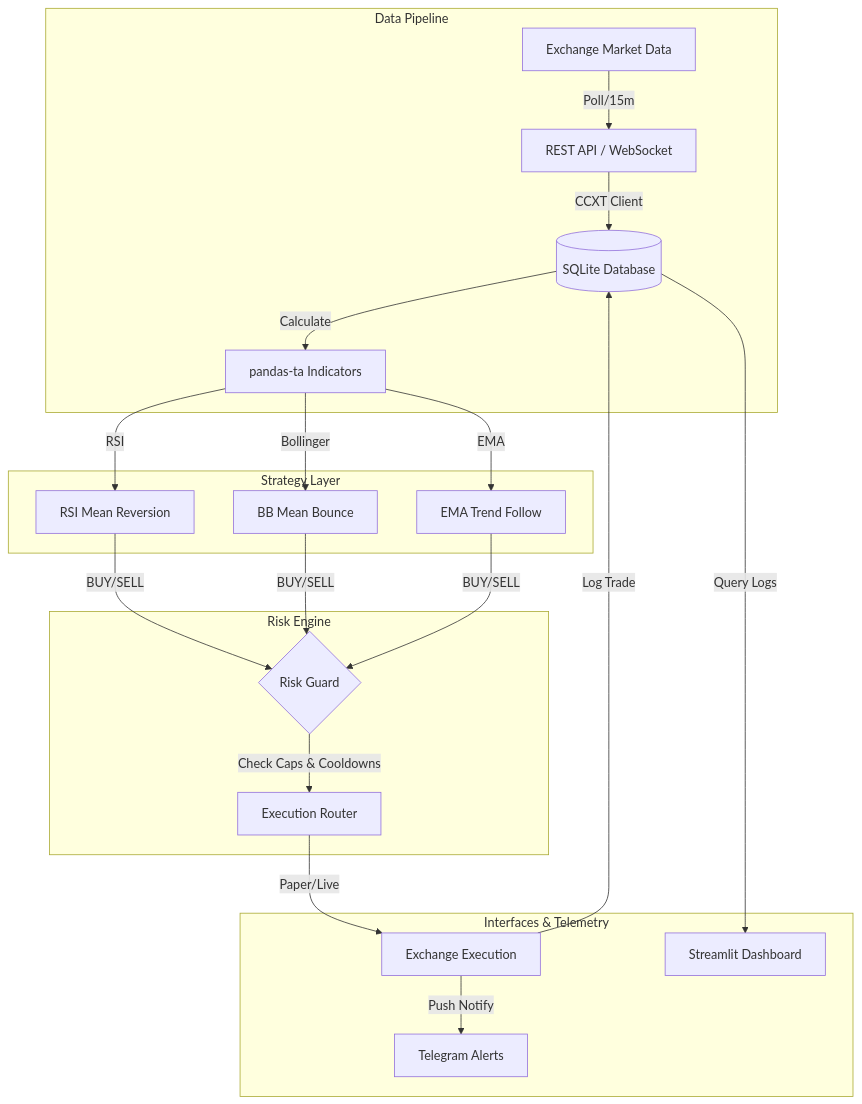
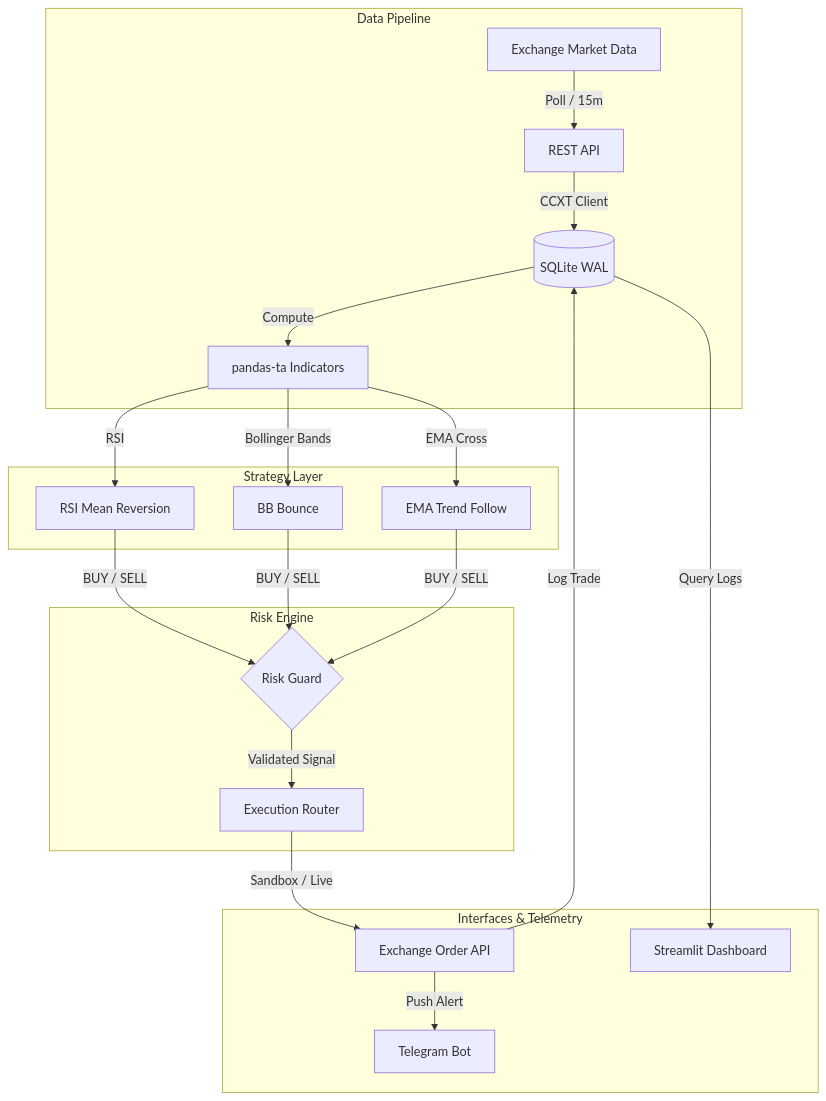
Before and after one commit to Ashborn-047/one-guard: the diagram in README.md, drawn with Mermaid. The commit also changed other lines of this file, not shown here.

Commit message:
docs: rewrite README — remove capital/money refs, add tech stack table, strategies table, risk guardrails, remove project structure section"

````diff
--- a/README.md
+++ b/README.md
@@ -11,28 +11,28 @@
 ```mermaid
 graph TD
     subgraph Ingestion [Data Pipeline]
-        MKT[Exchange Market Data] -->|Poll/15m| REST[REST API / WebSocket]
-        REST -->|CCXT Client| DB_WRITE[(SQLite Database)]
-        DB_WRITE -->|Calculate| IND[pandas-ta Indicators]
+        MKT[Exchange Market Data] -->|Poll / 15m| REST[REST API]
+        REST -->|CCXT Client| DB_WRITE[(SQLite WAL)]
+        DB_WRITE -->|Compute| IND[pandas-ta Indicators]
     end
 
     subgraph Strategies [Strategy Layer]
         IND -->|RSI| STRA[RSI Mean Reversion]
-        IND -->|Bollinger| STRB[BB Mean Bounce]
-        IND -->|EMA| STRC[EMA Trend Follow]
+        IND -->|Bollinger Bands| STRB[BB Bounce]
+        IND -->|EMA Cross| STRC[EMA Trend Follow]
     end
 
     subgraph Defense [Risk Engine]
-        STRA -->|BUY/SELL| RISK{Risk Guard}
-        STRB -->|BUY/SELL| RISK
-        STRC -->|BUY/SELL| RISK
-        RISK -->|Check Caps & Cooldowns| EXEC[Execution Router]
+        STRA -->|BUY / SELL| RISK{Risk Guard}
+        STRB -->|BUY / SELL| RISK
+        STRC -->|BUY / SELL| RISK
+        RISK -->|Validated Signal| EXEC[Execution Router]
     end
 
     subgraph Output [Interfaces & Telemetry]
-        EXEC -->|Paper/Live| EX_API[Exchange Execution]
+        EXEC -->|Sandbox / Live| EX_API[Exchange Order API]
         EX_API -->|Log Trade| DB_WRITE
         DB_WRITE -->|Query Logs| DASH[Streamlit Dashboard]
-        EX_API -->|Push Notify| TG[Telegram Alerts]
+        EX_API -->|Push Alert| TG[Telegram Bot]
     end
 ```
````
